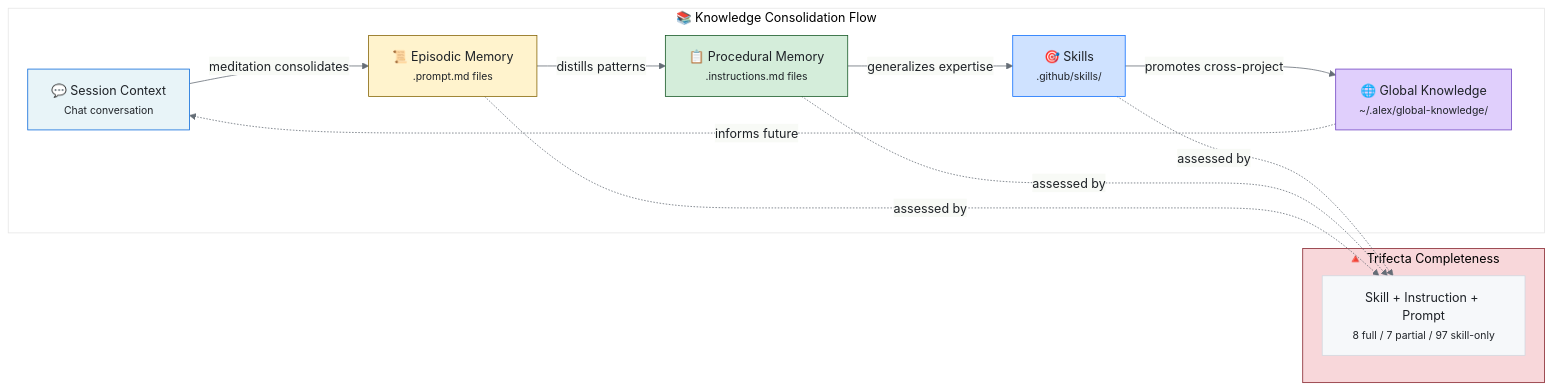
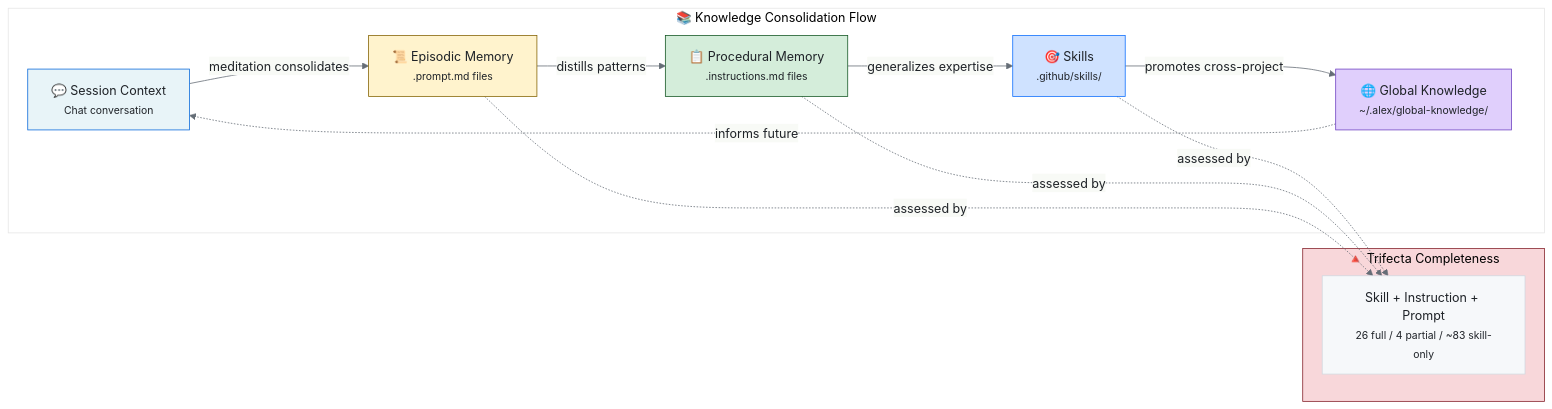
Before and after one commit to fabioc-aloha/Alex_Plug_In: the fourth of 6 diagrams in alex_docs/skills/SKILLS-CATALOG.md, drawn with Mermaid. The commit also changed other lines of this file and 235 other files, not shown here.

````diff
--- a/alex_docs/skills/SKILLS-CATALOG.md
+++ b/alex_docs/skills/SKILLS-CATALOG.md
@@ -775,29 +798,29 @@
 ```mermaid
 %%{init: {'theme': 'base', 'themeVariables': { 'primaryColor': '#f6f8fa', 'primaryTextColor': '#1f2328', 'primaryBorderColor': '#d1d9e0', 'lineColor': '#656d76'}}}%%
 flowchart LR
     subgraph Flow["📚 Knowledge Consolidation Flow"]
         SESSION["💬 Session Context<br/><small>Chat conversation</small>"]
         EPISODIC["📜 Episodic Memory<br/><small>.prompt.md files</small>"]
         PROCEDURAL["📋 Procedural Memory<br/><small>.instructions.md files</small>"]
         SKILLS["🎯 Skills<br/><small>.github/skills/</small>"]
         GLOBAL["🌐 Global Knowledge<br/><small>~/.alex/global-knowledge/</small>"]
     end
 
     subgraph Trifecta["🔺 Trifecta Completeness"]
-        TRI["Skill + Instruction + Prompt<br/><small>8 full / 7 partial / 97 skill-only</small>"]
+        TRI["Skill + Instruction + Prompt<br/><small>26 full / 4 partial / ~83 skill-only</small>"]
     end
 
     SESSION -->|"meditation consolidates"| EPISODIC
     EPISODIC -->|"distills patterns"| PROCEDURAL
     PROCEDURAL -->|"generalizes expertise"| SKILLS
     SKILLS -->|"promotes cross-project"| GLOBAL
     GLOBAL -.->|"informs future"| SESSION
     SKILLS & PROCEDURAL & EPISODIC -.->|"assessed by"| TRI
 
     style SESSION fill:#e8f4f8,stroke:#0969da
     style EPISODIC fill:#fff3cd,stroke:#856404
     style PROCEDURAL fill:#d4edda,stroke:#155724
     style SKILLS fill:#cfe2ff,stroke:#0d6efd
     style GLOBAL fill:#e0cffc,stroke:#6f42c1
     style Trifecta fill:#f8d7da,stroke:#842029
 ```
````
